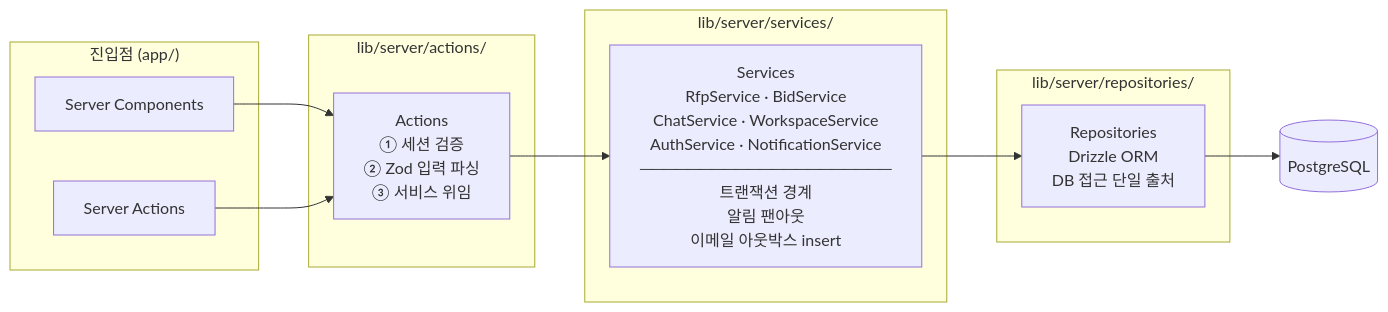
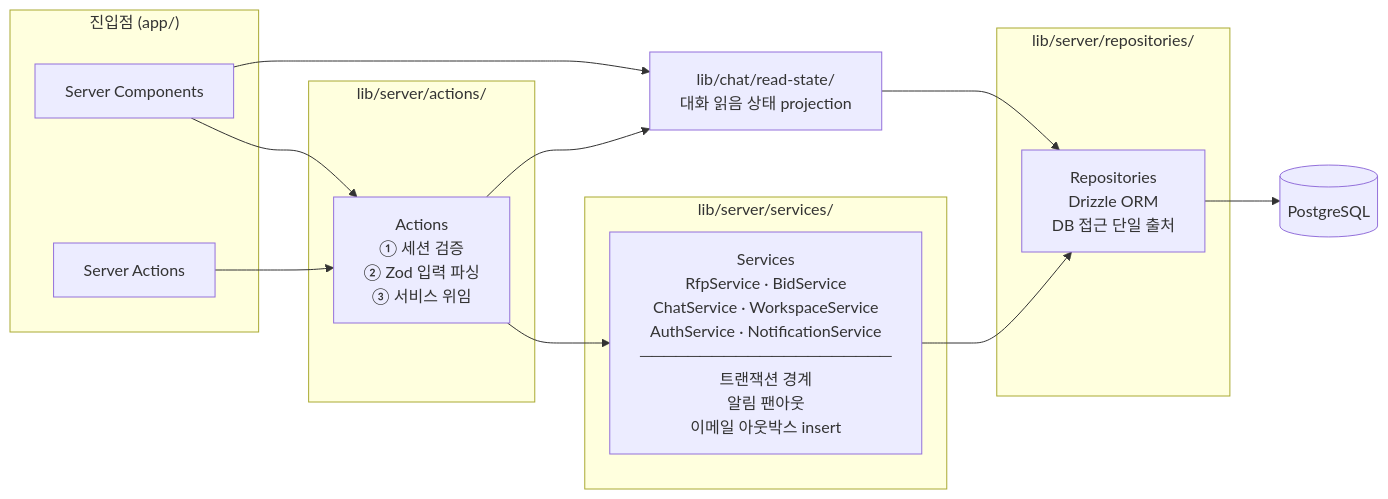
The second of 3 diagrams in README.md (bothsides-platform-dev/supporter-b), drawn with Mermaid before and after one commit. The commit also changed other lines of this file, not shown here.

Commit message:
docs: update project documentation for v0.8.0.0

````diff
--- a/README.md
+++ b/README.md
@@ -60,26 +60,30 @@
 ```mermaid
 graph LR
     subgraph Entry["진입점 (app/)"]
         RSC2["Server Components"]
         SA2["Server Actions"]
     end
 
     subgraph Actions["lib/server/actions/"]
         ACT["Actions\n① 세션 검증\n② Zod 입력 파싱\n③ 서비스 위임"]
     end
 
     subgraph Services["lib/server/services/"]
         SVC["Services\nRfpService · BidService\nChatService · WorkspaceService\nAuthService · NotificationService\n─────────────────────\n트랜잭션 경계\n알림 팬아웃\n이메일 아웃박스 insert"]
     end
 
+    READ["lib/chat/read-state/\n대화 읽음 상태 projection"]
+
     subgraph Repositories["lib/server/repositories/"]
         REPO["Repositories\nDrizzle ORM\nDB 접근 단일 출처"]
     end
 
     DB[("PostgreSQL")]
 
     RSC2 & SA2 --> ACT
     ACT --> SVC
+    RSC2 & ACT --> READ
     SVC --> REPO
+    READ --> REPO
     REPO --> DB
 ```
````
